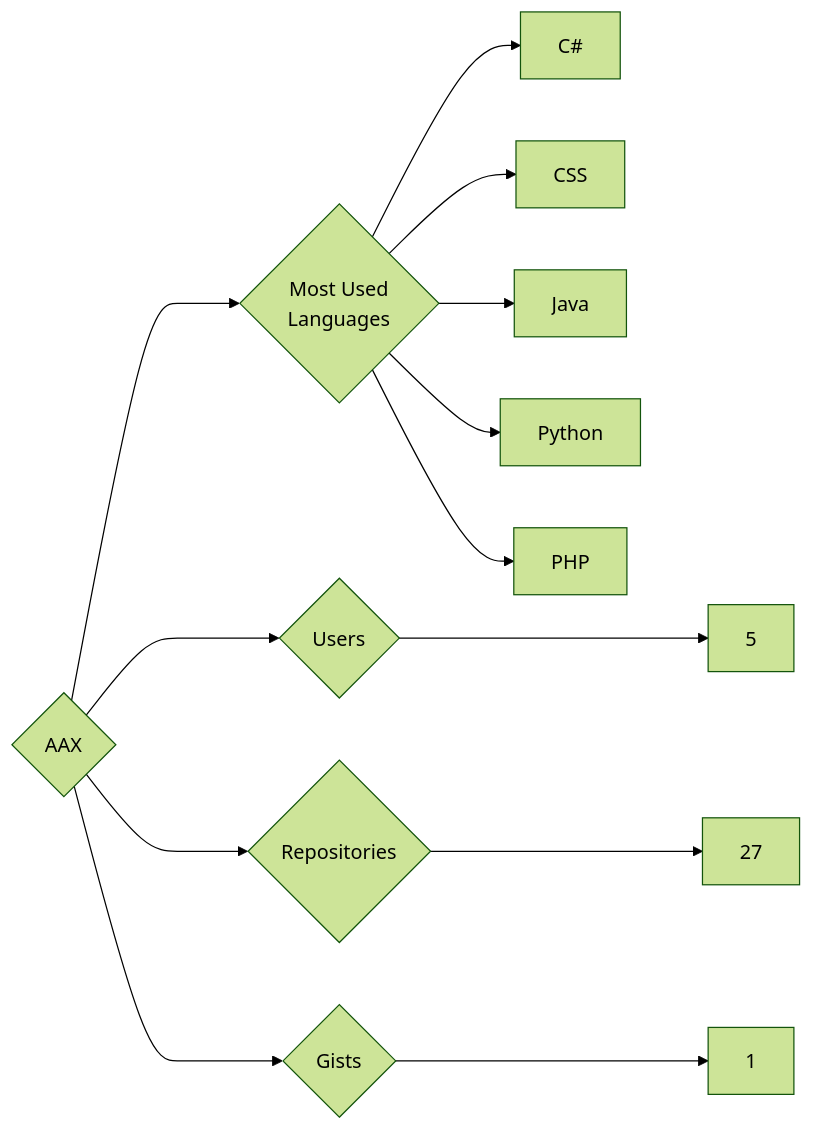
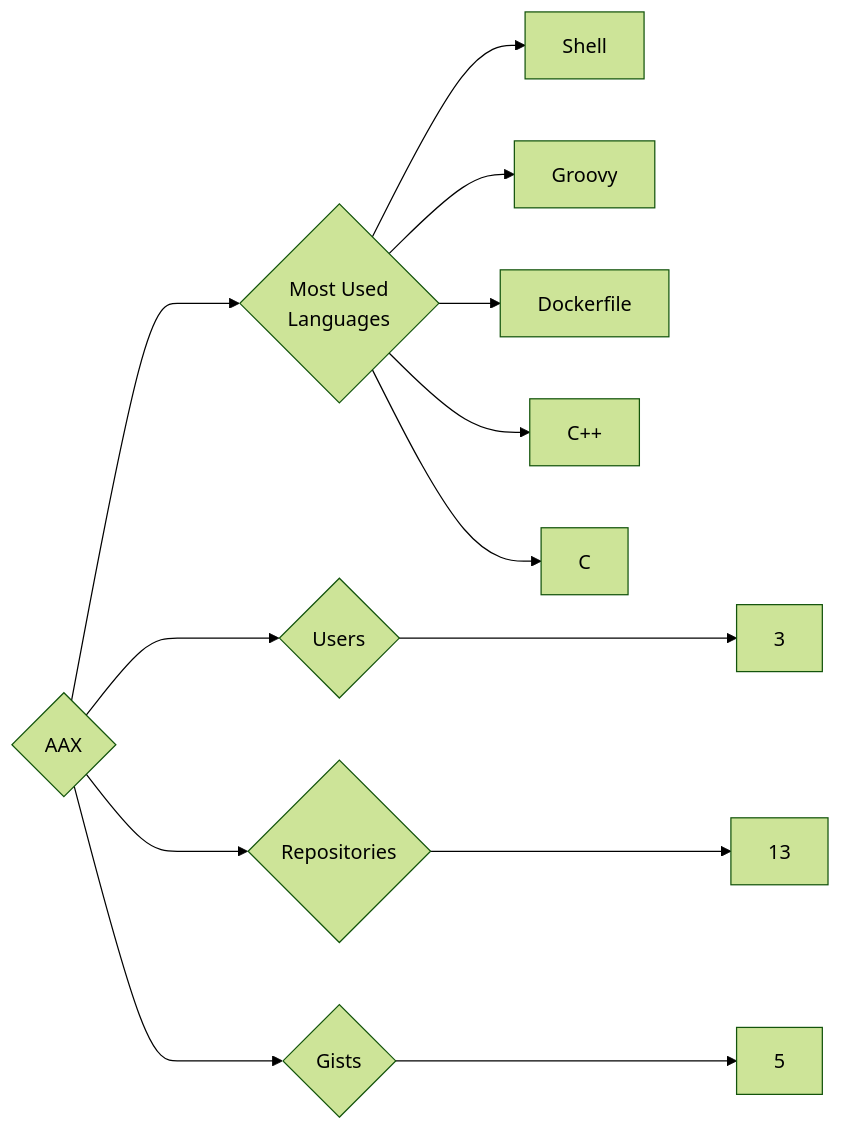
The diagram in targets/AAX/README.md (trickest/insiders), drawn with Mermaid (forest theme) before and after one commit. The commit also changed 1167 other files, not shown here.

````diff
--- a/targets/AAX/README.md
+++ b/targets/AAX/README.md
@@ -3,13 +3,13 @@
 ```mermaid
 graph LR
 COMPANY_NAME{AAX}
-COMPANY_NAME ---> U{Users} ---> UN[5]
-COMPANY_NAME ---> R{Repositories} ---> RN[27]
-COMPANY_NAME ---> G{Gists} ---> GN[1]
+COMPANY_NAME ---> U{Users} ---> UN[3]
+COMPANY_NAME ---> R{Repositories} ---> RN[13]
+COMPANY_NAME ---> G{Gists} ---> GN[5]
 COMPANY_NAME ---> ML{Most Used<br>Languages}
-ML --> C#[C#]
-ML --> CSS[CSS]
-ML --> Java[Java]
-ML --> Python[Python]
-ML --> PHP[PHP]
+ML --> Shell[Shell]
+ML --> Groovy[Groovy]
+ML --> Dockerfile[Dockerfile]
+ML --> C++[C++]
+ML --> C[C]
 ```
````
